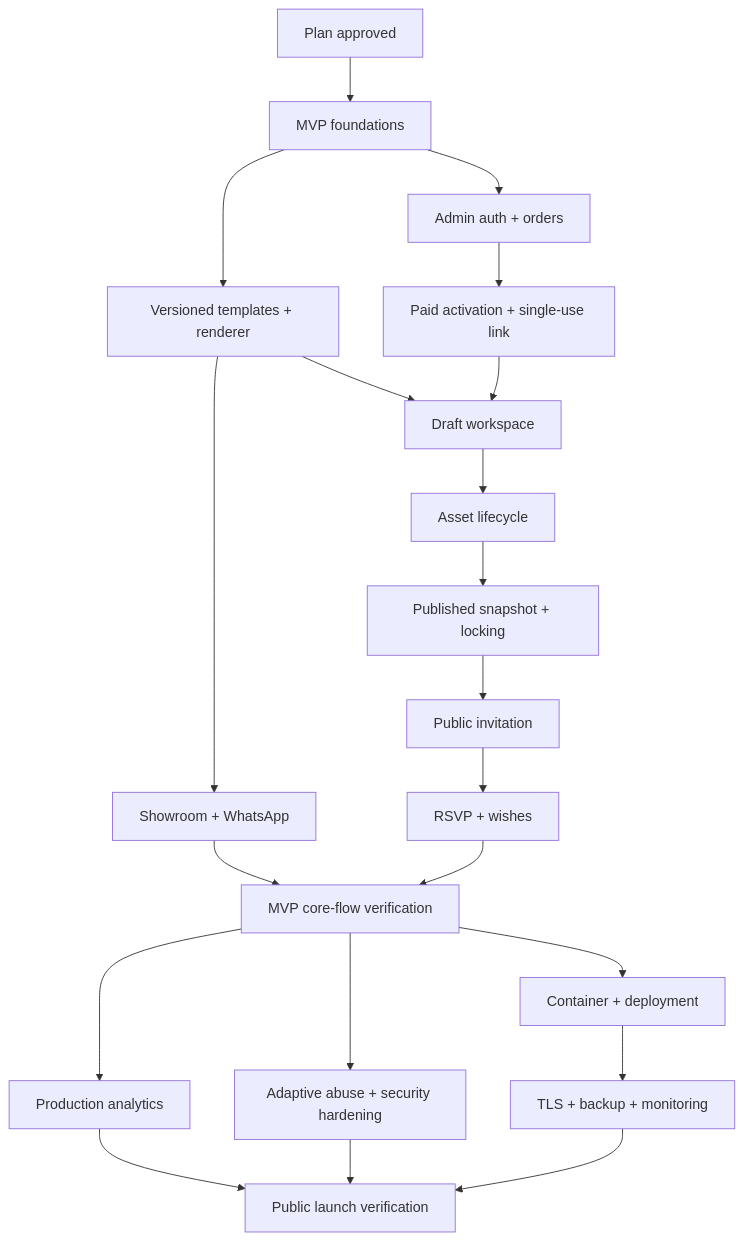
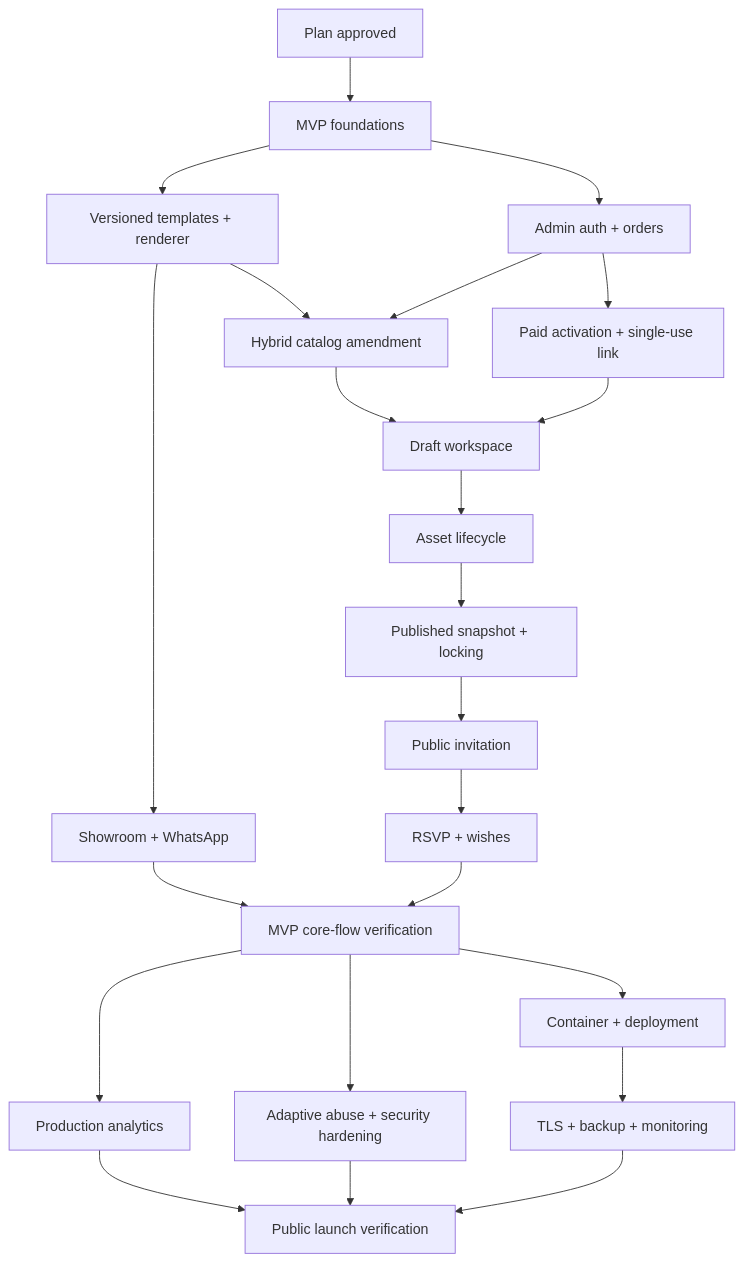
The fifth of 5 diagrams in tasks/plan.md (farreladelm/kamukamiundang), drawn with Mermaid before and after one commit. The commit also changed other lines of this file and 7 other files, not shown here.

Commit message:
docs: define hybrid versioned template catalog

````diff
--- a/tasks/plan.md
+++ b/tasks/plan.md
@@ -329,24 +329,26 @@
 ```mermaid
 flowchart TD
   A[Plan approved] --> B[MVP foundations]
   B --> C[Versioned templates + renderer]
   C --> D[Showroom + WhatsApp]
   B --> E[Admin auth + orders]
   E --> F[Paid activation + single-use link]
-  C --> G[Draft workspace]
+  C --> R[Hybrid catalog amendment]
+  E --> R
+  R --> G[Draft workspace]
   F --> G
   G --> H[Asset lifecycle]
   H --> I[Published snapshot + locking]
   I --> J[Public invitation]
   J --> K[RSVP + wishes]
   D --> L[MVP core-flow verification]
   K --> L
 
   L --> M[Production analytics]
   L --> N[Adaptive abuse + security hardening]
   L --> O[Container + deployment]
   O --> P[TLS + backup + monitoring]
   M --> Q[Public launch verification]
   N --> Q
   P --> Q
 ```
````
